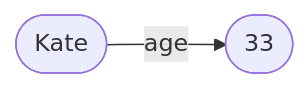
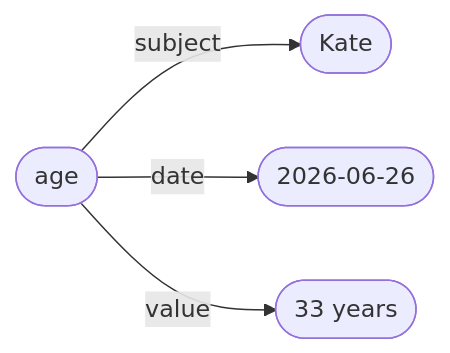
One commit to conmaol/maglocunus changed the second of 2 diagrams in d/data.md. Above: the diagram before and after it, drawn with Mermaid.

Commit message:
Enhance flowchart with additional nodes for age
Updated the flowchart to include date and value nodes for Kate's age.

````diff
--- a/d/data.md
+++ b/d/data.md
@@ -26,6 +26,10 @@
 ```mermaid
 flowchart LR
+    s1([age])
     p1([Kate])
-    n1([33])
-    p1 -- age --> n1
+    v1([33 years])
+    d1([2026-06-26])
+    s1 -- subject --> p1
+    s1 -- date --> d1
+    s1 -- value --> v1
 ```
````
